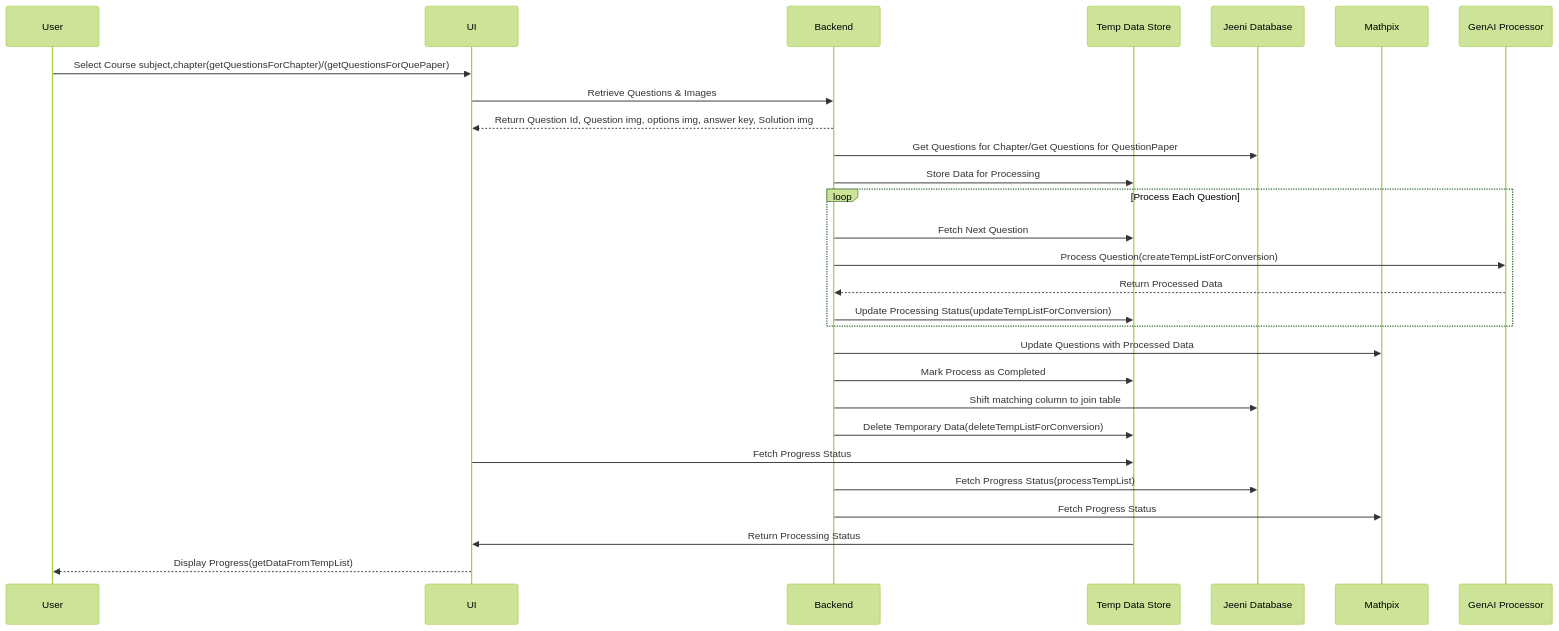
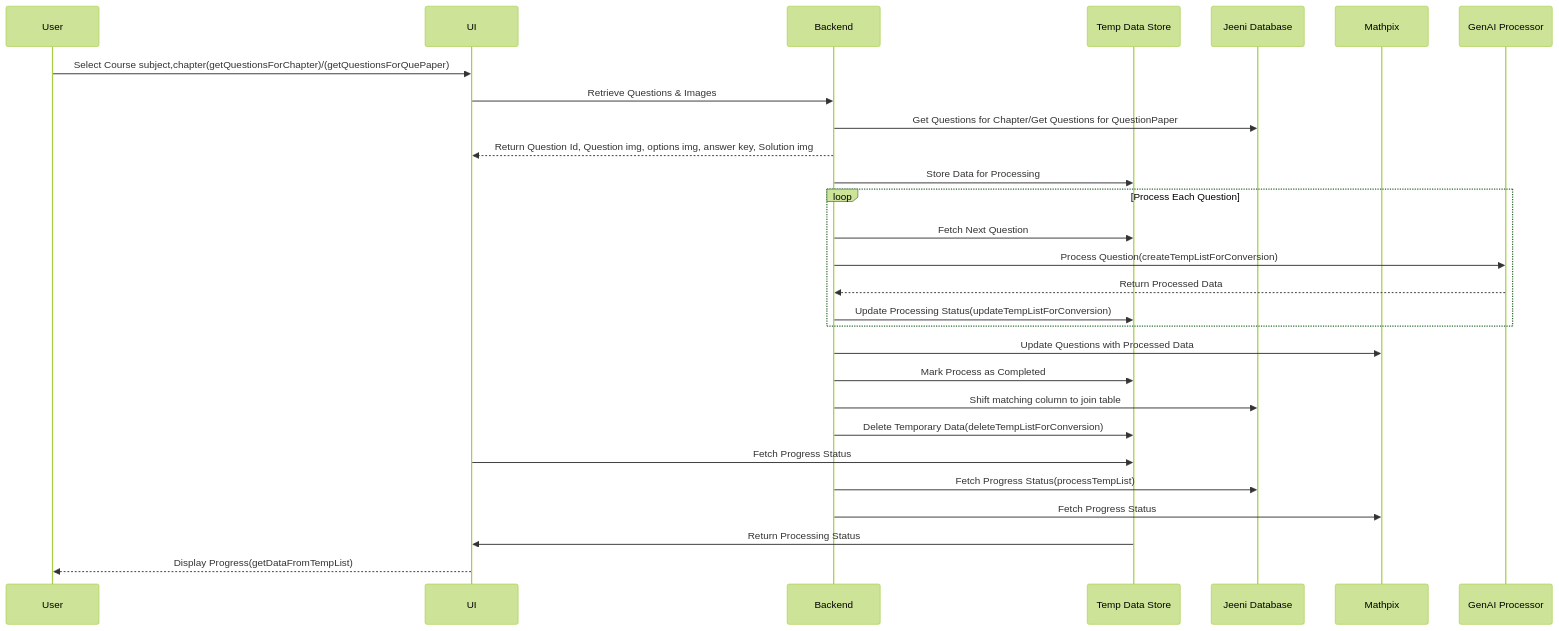
The diagram in docs/sequence_digram.md (MayuriSutar12/Documentation), drawn with Mermaid (forest theme) before and after one commit.

````diff
--- a/docs/sequence_digram.md
+++ b/docs/sequence_digram.md
@@ -2,39 +2,40 @@
 ```mermaid
 sequenceDiagram
     participant User as User
     participant UI as UI
     participant Backend as Backend
     participant TempDB as Temp Data Store
     participant JeeniDB as Jeeni Database
     participant Mathpix as Mathpix
     participant GenAI as GenAI Processor
 
     User ->> UI: Select Course subject,chapter(getQuestionsForChapter)/(getQuestionsForQuePaper)
     
 
     UI ->> Backend: Retrieve Questions & Images
+    
+    Backend ->> JeeniDB: Get Questions for Chapter/Get Questions for QuestionPaper
     Backend -->> UI: Return Question Id, Question img, options img, answer key, Solution img
-    Backend ->> JeeniDB: Get Questions for Chapter/Get Questions for QuestionPaper
     Backend ->> TempDB: Store Data for Processing
 
     loop Process Each Question
         Backend ->> TempDB: Fetch Next Question
         Backend ->> GenAI: Process Question(createTempListForConversion)
         GenAI -->> Backend: Return Processed Data
         Backend ->> TempDB: Update Processing Status(updateTempListForConversion)
     end
 
     Backend ->> Mathpix: Update Questions with Processed Data
     Backend ->> TempDB: Mark Process as Completed
     Backend ->> JeeniDB: Shift matching column to join table
     Backend ->> TempDB: Delete Temporary Data(deleteTempListForConversion)
 
 
     UI ->> TempDB: Fetch Progress Status
    Backend ->> JeeniDB: Fetch Progress Status(processTempList)
   Backend ->> Mathpix: Fetch Progress Status 
     TempDB ->> UI: Return Processing Status
     UI -->> User: Display Progress(getDataFromTempList)
 
 
 ```
````
